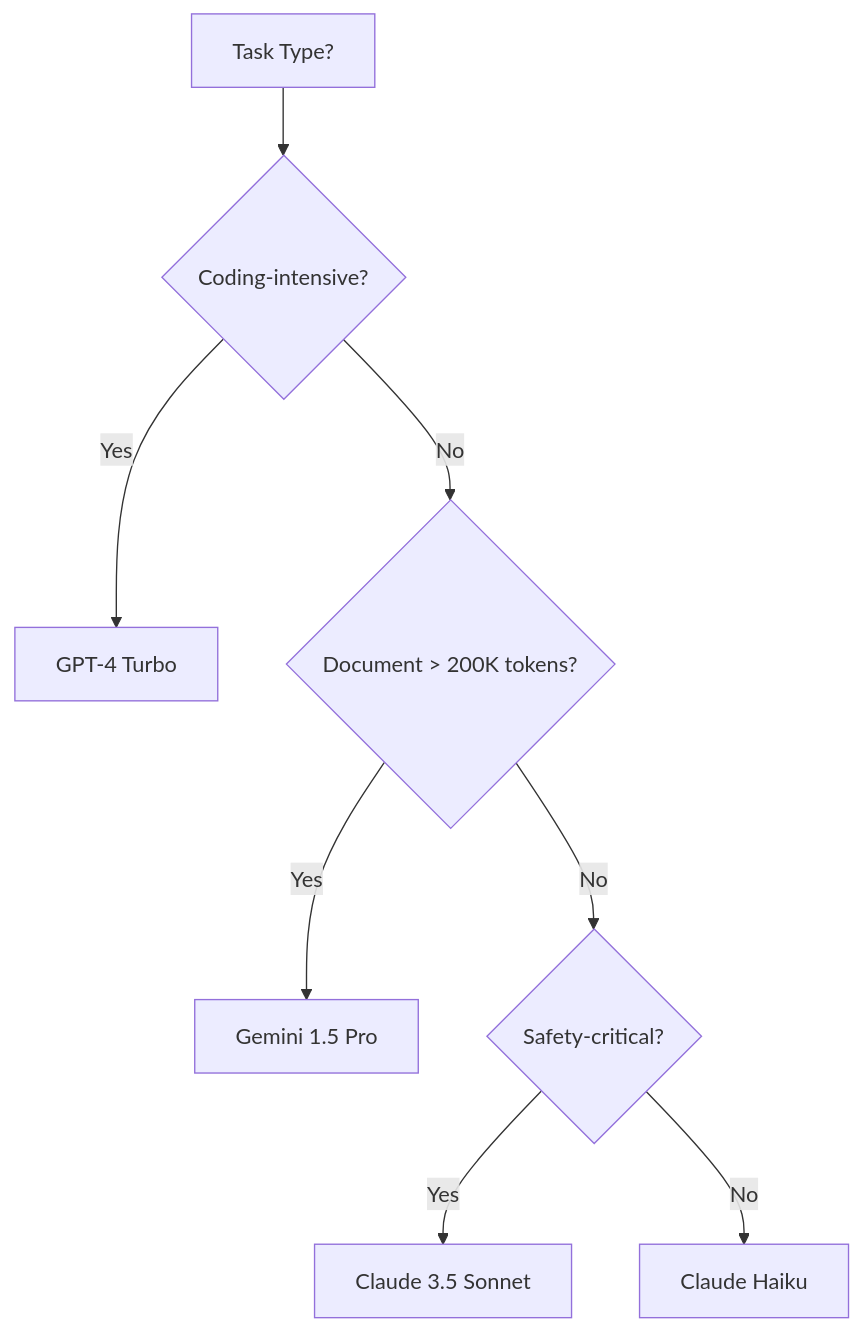
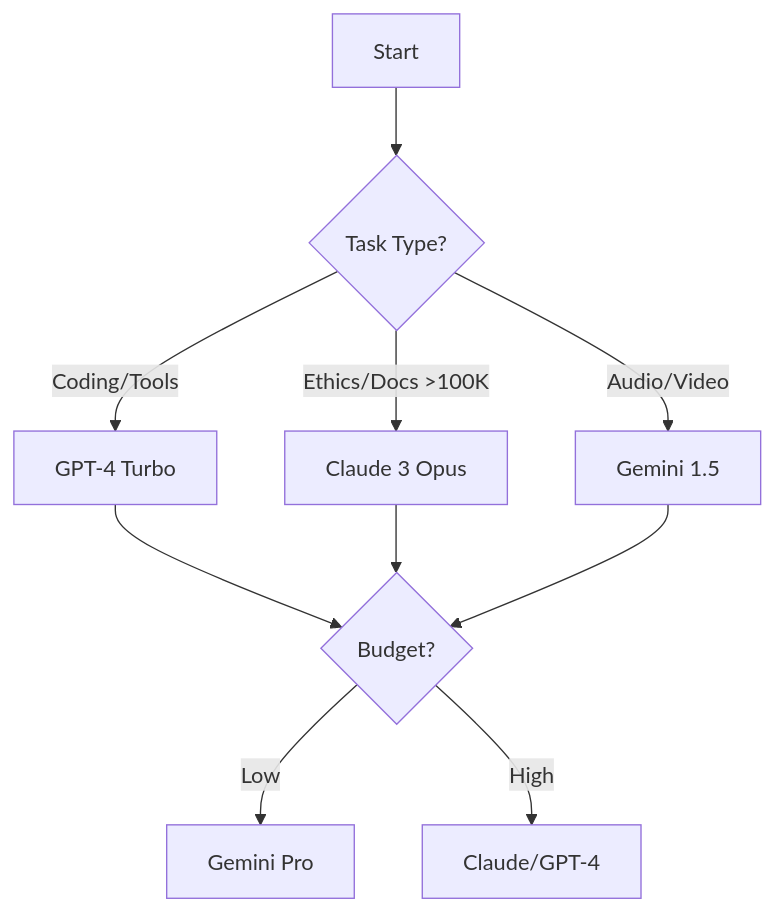
One commit to hafizhpratama/blog-starter changed the second of 2 diagrams in content/articles/claude-vs-gpt-4-vs-gemini-the-ultimate-ai-comparison.mdx. Above: the diagram before and after it, drawn with Mermaid. The commit also changed other lines of this file and 1 other file, not shown here.

````diff
--- a/content/articles/claude-vs-gpt-4-vs-gemini-the-ultimate-ai-comparison.mdx
+++ b/content/articles/claude-vs-gpt-4-vs-gemini-the-ultimate-ai-comparison.mdx
@@ -154,10 +149,12 @@
 ```mermaid
 graph TD
-A[Task Type?] --> B{Coding-intensive?}
-B -->|Yes| C[GPT-4 Turbo]
-B -->|No| D{Document > 200K tokens?}
-D -->|Yes| E[Gemini 1.5 Pro]
-D -->|No| F{Safety-critical?}
-F -->|Yes| G[Claude 3.5 Sonnet]
-F -->|No| H[Claude Haiku]
+    A[Start] --> B{Task Type?}
+    B -->|Coding/Tools| C[GPT-4 Turbo]
+    B -->|Ethics/Docs >100K| D[Claude 3 Opus]
+    B -->|Audio/Video| E[Gemini 1.5]
+    C --> F{Budget?}
+    D --> F
+    E --> F
+    F -->|Low| G[Gemini Pro]
+    F -->|High| H[Claude/GPT-4]
 ```
````
